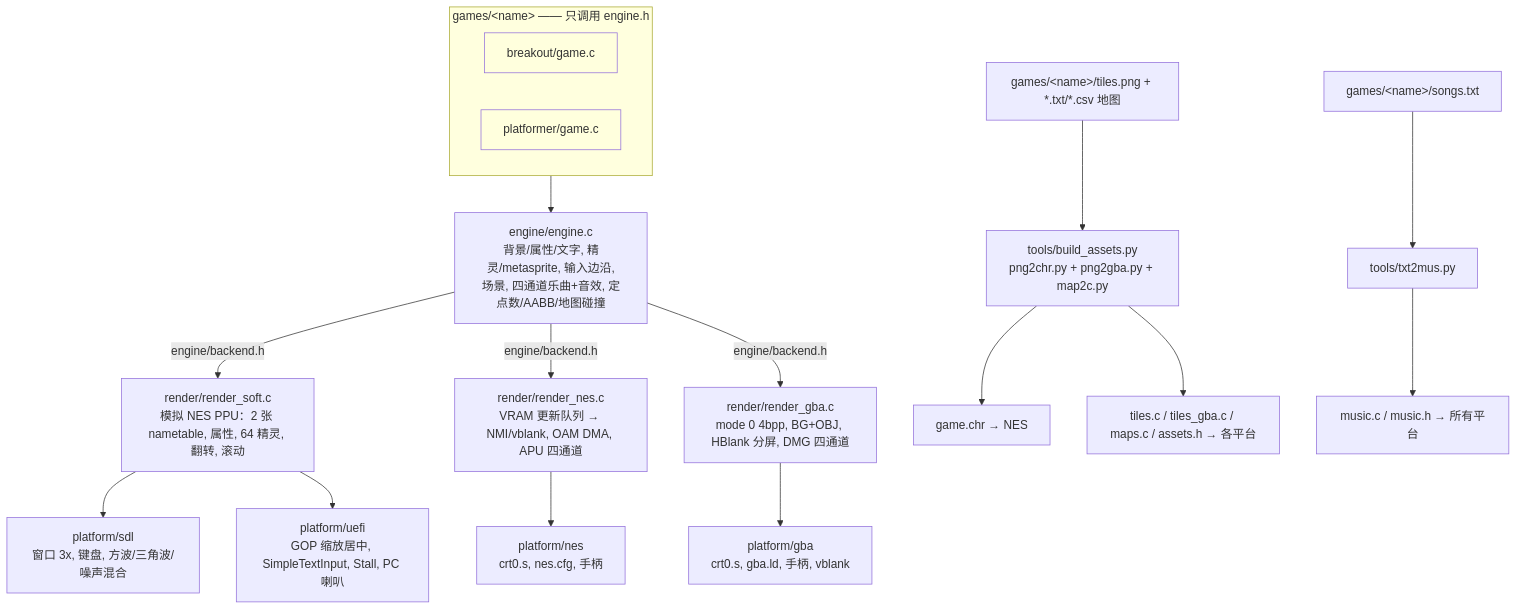
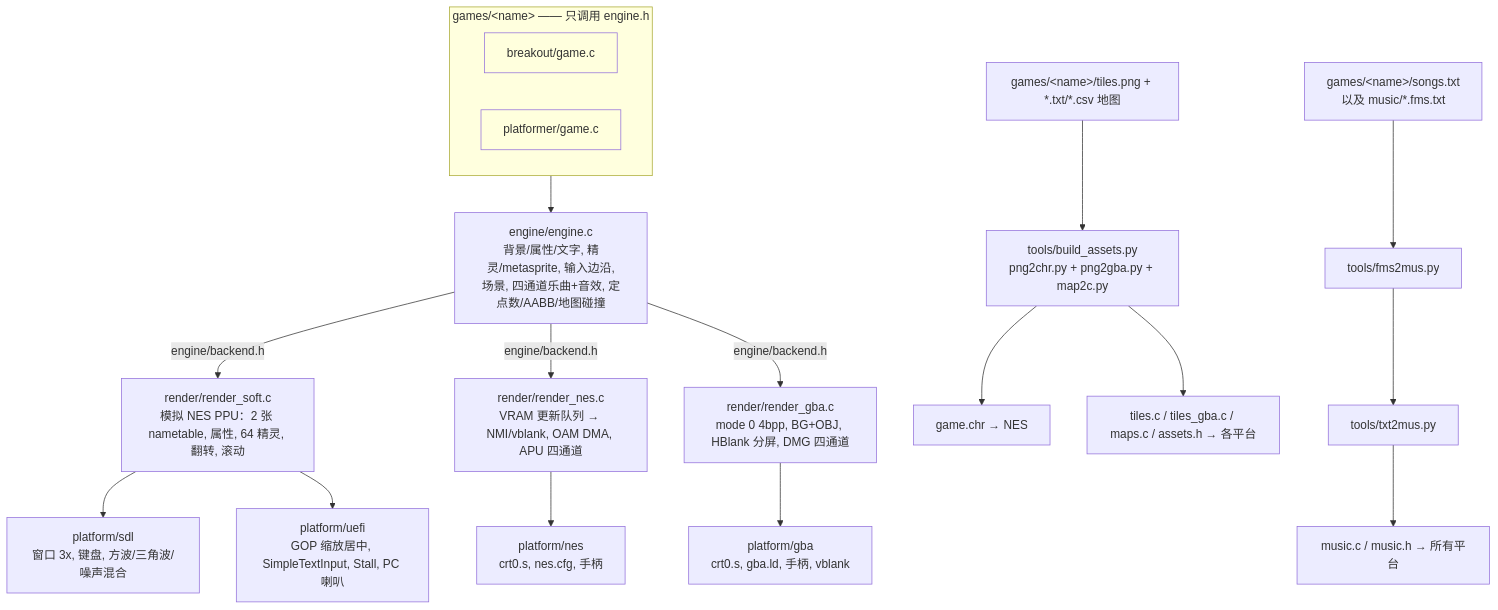
The diagram in README.md (brightHuang84/RetroEngine), drawn with Mermaid before and after one commit. The commit also changed other lines of this file and 10 other files, not shown here.

````diff
--- a/README.md
+++ b/README.md
@@ -8,21 +8,22 @@
 ```mermaid
 flowchart TD
   subgraph games[games/&lt;name&gt; —— 只调用 engine.h]
     BG[breakout/game.c]:::g
     PF[platformer/game.c]:::g
   end
   games --> E[engine/engine.c<br>背景/属性/文字, 精灵/metasprite, 输入边沿,<br>场景, 四通道乐曲+音效, 定点数/AABB/地图碰撞]
   E -->|engine/backend.h| RS[render/render_soft.c<br>模拟 NES PPU：2 张 nametable, 属性, 64 精灵, 翻转, 滚动]
   E -->|engine/backend.h| RN[render/render_nes.c<br>VRAM 更新队列 → NMI/vblank, OAM DMA, APU 四通道]
   E -->|engine/backend.h| RG[render/render_gba.c<br>mode 0 4bpp, BG+OBJ, HBlank 分屏, DMG 四通道]
   RS --> SDL[platform/sdl<br>窗口 3x, 键盘, 方波/三角波/噪声混合]
   RS --> UEFI[platform/uefi<br>GOP 缩放居中, SimpleTextInput, Stall, PC 喇叭]
   RN --> NES[platform/nes<br>crt0.s, nes.cfg, 手柄]
   RG --> GBA[platform/gba<br>crt0.s, gba.ld, 手柄, vblank]
   A[games/&lt;name&gt;/tiles.png + *.txt/*.csv 地图] --> T[tools/build_assets.py<br>png2chr.py + png2gba.py + map2c.py]
   T --> CHR[game.chr → NES]
   T --> CA[tiles.c / tiles_gba.c / maps.c / assets.h → 各平台]
-  S[games/&lt;name&gt;/songs.txt] --> TM[tools/txt2mus.py]
+  S[games/&lt;name&gt;/songs.txt<br>以及 music/*.fms.txt] --> FM[tools/fms2mus.py]
+  FM --> TM[tools/txt2mus.py]
   TM --> MU[music.c / music.h → 所有平台]
   classDef g fill:#ffd
 ```
````
